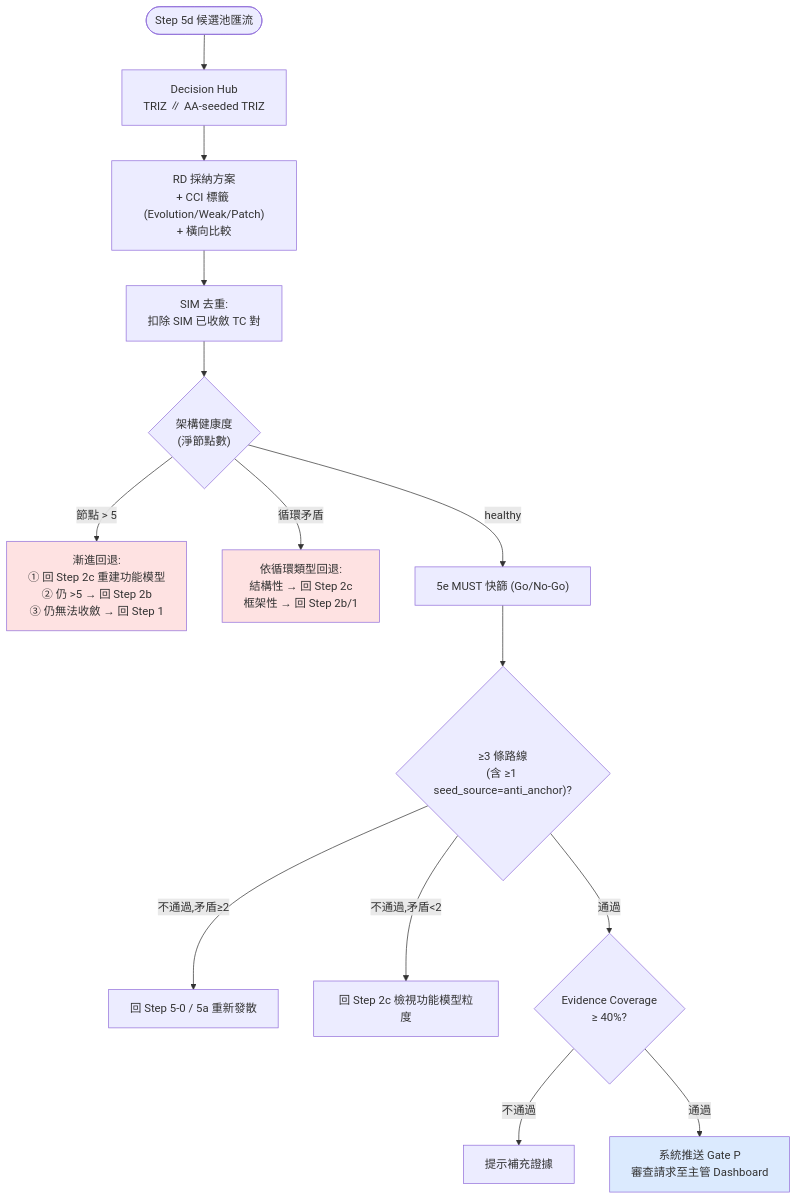
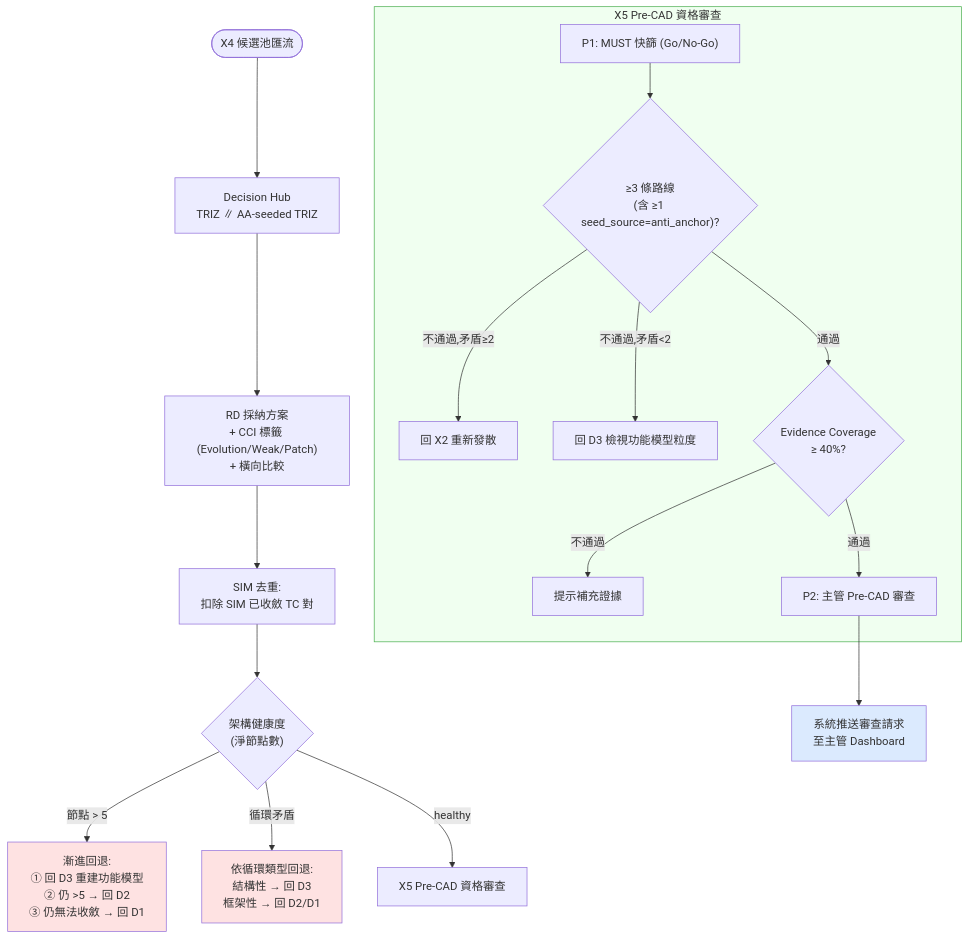
The fourth of 5 diagrams in docs/01-define/E3--system-interaction-flow.md (Zenobia0000/RD_copilot_system), drawn with Mermaid before and after one commit. The commit also changed other lines of this file and 45 other files, not shown here.

````diff
--- a/docs/01-define/E3--system-interaction-flow.md
+++ b/docs/01-define/E3--system-interaction-flow.md
@@ -254,22 +292,27 @@
 ```mermaid
 flowchart TD
-    Start(["Step 5d 候選池匯流"]) --> Hub["Decision Hub<br/>TRIZ ∥ AA-seeded TRIZ"]
+    Start(["X4 候選池匯流"]) --> Hub["Decision Hub<br/>TRIZ ∥ AA-seeded TRIZ"]
     Hub --> Adopt["RD 採納方案<br/>+ CCI 標籤 (Evolution/Weak/Patch)<br/>+ 橫向比較"]
 
     Adopt --> SimDedup["SIM 去重:<br/>扣除 SIM 已收斂 TC 對"]
     SimDedup --> Heat{"架構健康度<br/>(淨節點數)"}
-    Heat -->|節點 > 5| Halt1["漸進回退:<br/>① 回 Step 2c 重建功能模型<br/>② 仍 >5 → 回 Step 2b<br/>③ 仍無法收斂 → 回 Step 1"]
-    Heat -->|循環矛盾| Halt2["依循環類型回退:<br/>結構性 → 回 Step 2c<br/>框架性 → 回 Step 2b/1"]
-    Heat -->|healthy| MUST["5e MUST 快篩 (Go/No-Go)"]
+    Heat -->|節點 > 5| Halt1["漸進回退:<br/>① 回 D3 重建功能模型<br/>② 仍 >5 → 回 D2<br/>③ 仍無法收斂 → 回 D1"]
+    Heat -->|循環矛盾| Halt2["依循環類型回退:<br/>結構性 → 回 D3<br/>框架性 → 回 D2/D1"]
+    Heat -->|healthy| X5["X5 Pre-CAD 資格審查"]
 
-    MUST --> RouteCheck{"≥3 條路線<br/>(含 ≥1 seed_source=anti_anchor)?"}
-    RouteCheck -->|不通過,矛盾≥2| Back["回 Step 5-0 / 5a 重新發散"]
-    RouteCheck -->|不通過,矛盾<2| Back2["回 Step 2c 檢視功能模型粒度"]
+    subgraph X5sub ["X5 Pre-CAD 資格審查"]
+        MUST["P1: MUST 快篩 (Go/No-Go)"] --> RouteCheck{"≥3 條路線<br/>(含 ≥1 seed_source=anti_anchor)?"}
+    RouteCheck -->|不通過,矛盾≥2| Back["回 X2 重新發散"]
+    RouteCheck -->|不通過,矛盾<2| Back2["回 D3 檢視功能模型粒度"]
     RouteCheck -->|通過| EvCheck{"Evidence Coverage<br/>≥ 40%?"}
     EvCheck -->|不通過| BackEv["提示補充證據"]
-    EvCheck -->|通過| Notify["系統推送 Gate P<br/>審查請求至主管 Dashboard"]
+    EvCheck -->|通過| GateP["P2: 主管 Pre-CAD 審查"]
+    end
+
+    GateP --> Notify["系統推送審查請求<br/>至主管 Dashboard"]
 
     style Halt1 fill:#FEE2E2
     style Halt2 fill:#FEE2E2
     style Notify fill:#DBEAFE
+    style X5sub fill:#F0FFF0,stroke:#4CAF50
 ```
````
